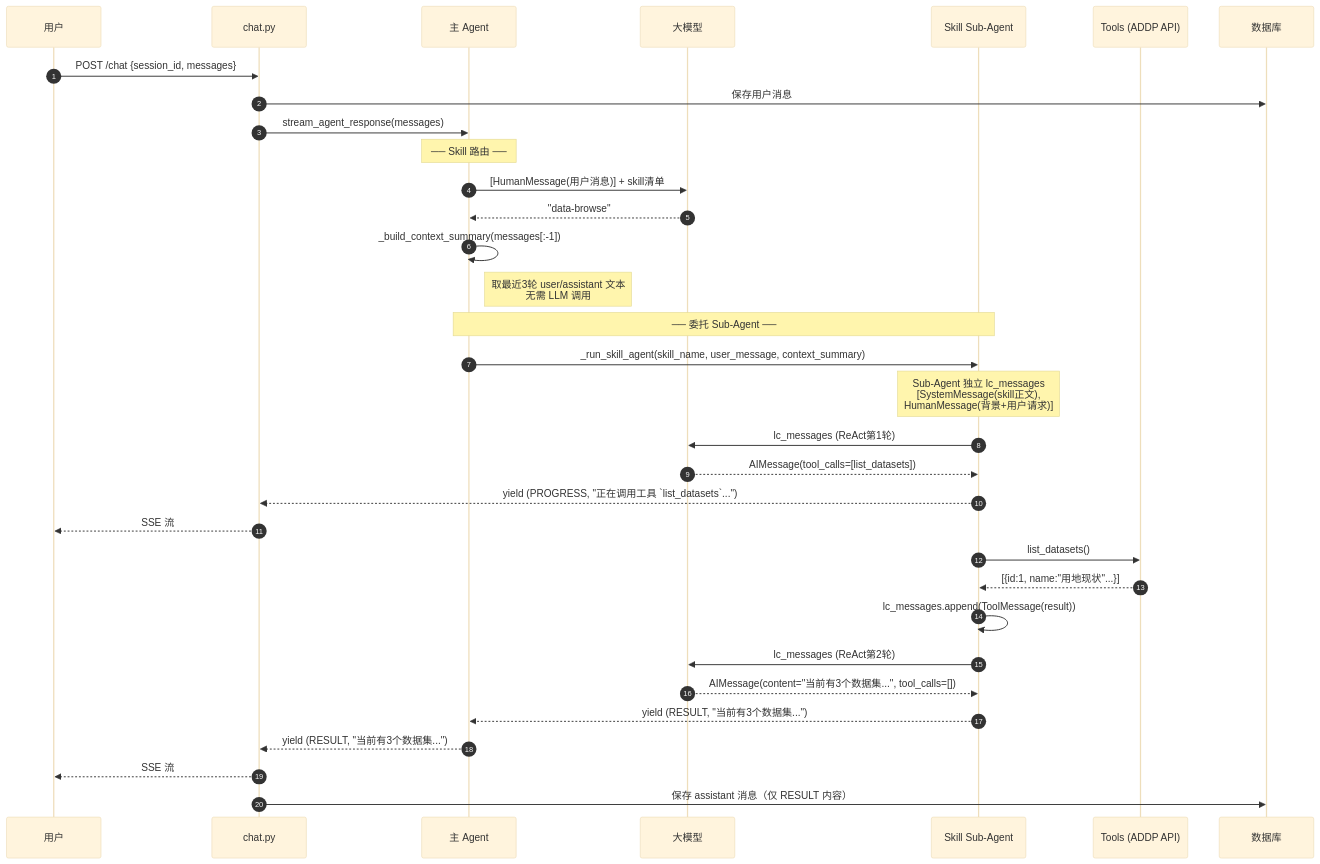
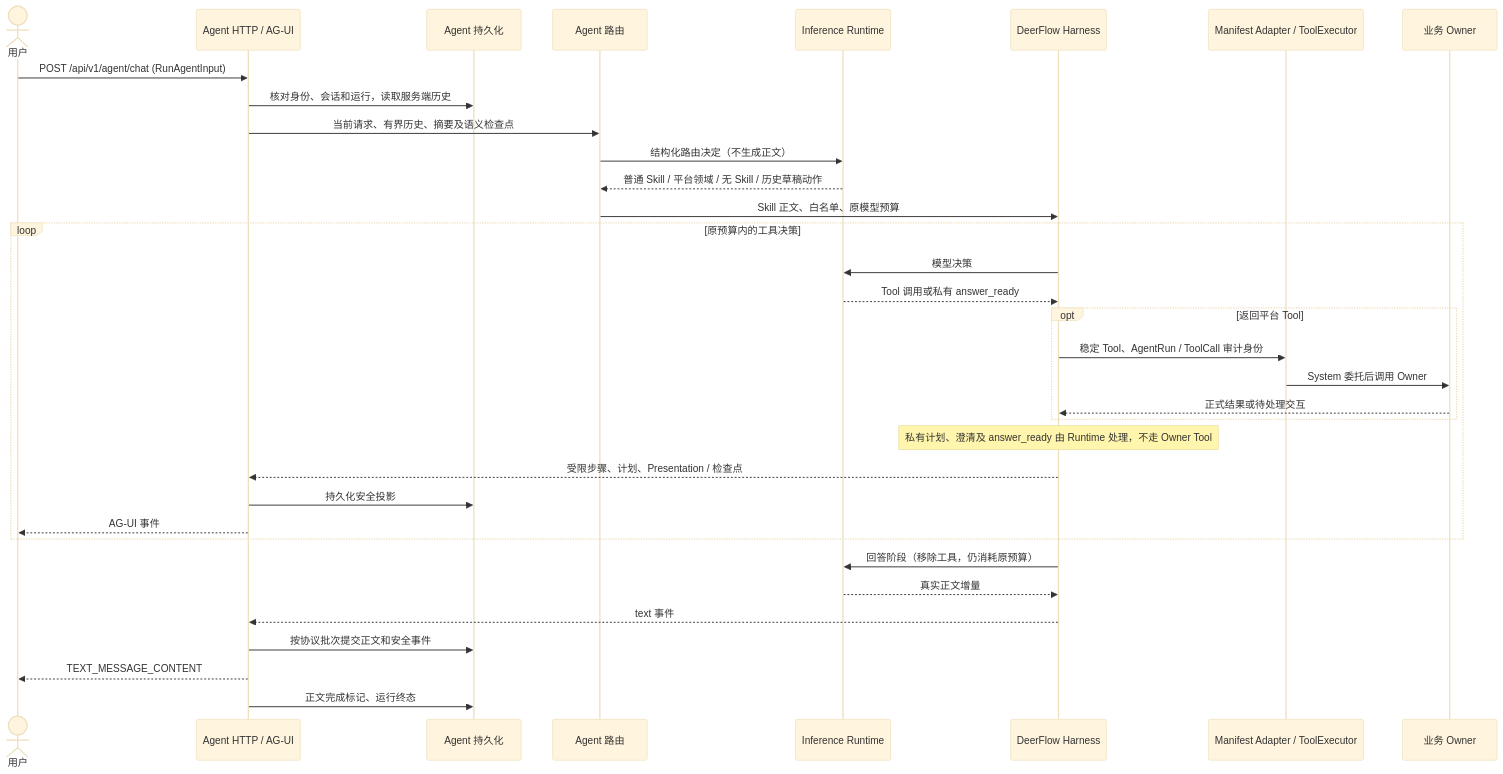
The first of 2 diagrams in agent/docs/当前实现的时序图分析.md (pampa0629/addp), drawn with Mermaid (base theme) before and after one commit. The commit also changed other lines of this file and 18 other files, not shown here.

````diff
--- a/agent/docs/当前实现的时序图分析.md
+++ b/agent/docs/当前实现的时序图分析.md
@@ -7,45 +7,36 @@
 ```mermaid
 sequenceDiagram
-    autonumber
-    participant U as 用户
-    participant API as chat.py
-    participant MA as 主 Agent
-    participant LLM as 大模型
-    participant SA as Skill Sub-Agent
-    participant T as Tools (ADDP API)
-    participant DB as 数据库
-
-    U->>API: POST /chat {session_id, messages}
-    API->>DB: 保存用户消息
-    API->>MA: stream_agent_response(messages)
-
-    note over MA: ── Skill 路由 ──
-    MA->>LLM: [HumanMessage(用户消息)] + skill清单
-    LLM-->>MA: "data-browse"
-    MA->>MA: _build_context_summary(messages[:-1])
-    note right of MA: 取最近3轮 user/assistant 文本<br/>无需 LLM 调用
-
-    note over MA,SA: ── 委托 Sub-Agent ──
-    MA->>SA: _run_skill_agent(skill_name, user_message, context_summary)
-
-    note over SA: Sub-Agent 独立 lc_messages<br/>[SystemMessage(skill正文),<br/> HumanMessage(背景+用户请求)]
-
-    SA->>LLM: lc_messages (ReAct第1轮)
-    LLM-->>SA: AIMessage(tool_calls=[list_datasets])
-
-    SA-->>API: yield (PROGRESS, "正在调用工具 `list_datasets`...")
-    API-->>U: SSE 流
-
-    SA->>T: list_datasets()
-    T-->>SA: [{id:1, name:"用地现状"...}]
-    SA->>SA: lc_messages.append(ToolMessage(result))
-
-    SA->>LLM: lc_messages (ReAct第2轮)
-    LLM-->>SA: AIMessage(content="当前有3个数据集...", tool_calls=[])
-
-    SA-->>MA: yield (RESULT, "当前有3个数据集...")
-    MA-->>API: yield (RESULT, "当前有3个数据集...")
-    API-->>U: SSE 流
-
-    API->>DB: 保存 assistant 消息（仅 RESULT 内容）
+    actor U as 用户
+    participant API as Agent HTTP / AG-UI
+    participant DB as Agent 持久化
+    participant R as Agent 路由
+    participant I as Inference Runtime
+    participant H as DeerFlow Harness
+    participant T as Manifest Adapter / ToolExecutor
+    participant O as 业务 Owner
+    U->>API: POST /api/v1/agent/chat (RunAgentInput)
+    API->>DB: 核对身份、会话和运行，读取服务端历史
+    API->>R: 当前请求、有界历史、摘要及语义检查点
+    R->>I: 结构化路由决定（不生成正文）
+    I-->>R: 普通 Skill / 平台领域 / 无 Skill / 历史草稿动作
+    R->>H: Skill 正文、白名单、原模型预算
+    loop 原预算内的工具决策
+        H->>I: 模型决策
+        I-->>H: Tool 调用或私有 answer_ready
+        opt 返回平台 Tool
+            H->>T: 稳定 Tool、AgentRun / ToolCall 审计身份
+            T->>O: System 委托后调用 Owner
+            O-->>H: 正式结果或待处理交互
+        end
+        Note over H: 私有计划、澄清及 answer_ready 由 Runtime 处理，不走 Owner Tool
+        H-->>API: 受限步骤、计划、Presentation / 检查点
+        API->>DB: 持久化安全投影
+        API-->>U: AG-UI 事件
+    end
+    H->>I: 回答阶段（移除工具，仍消耗原预算）
+    I-->>H: 真实正文增量
+    H-->>API: text 事件
+    API->>DB: 按协议批次提交正文和安全事件
+    API-->>U: TEXT_MESSAGE_CONTENT
+    API->>DB: 正文完成标记、运行终态
 ```
````
